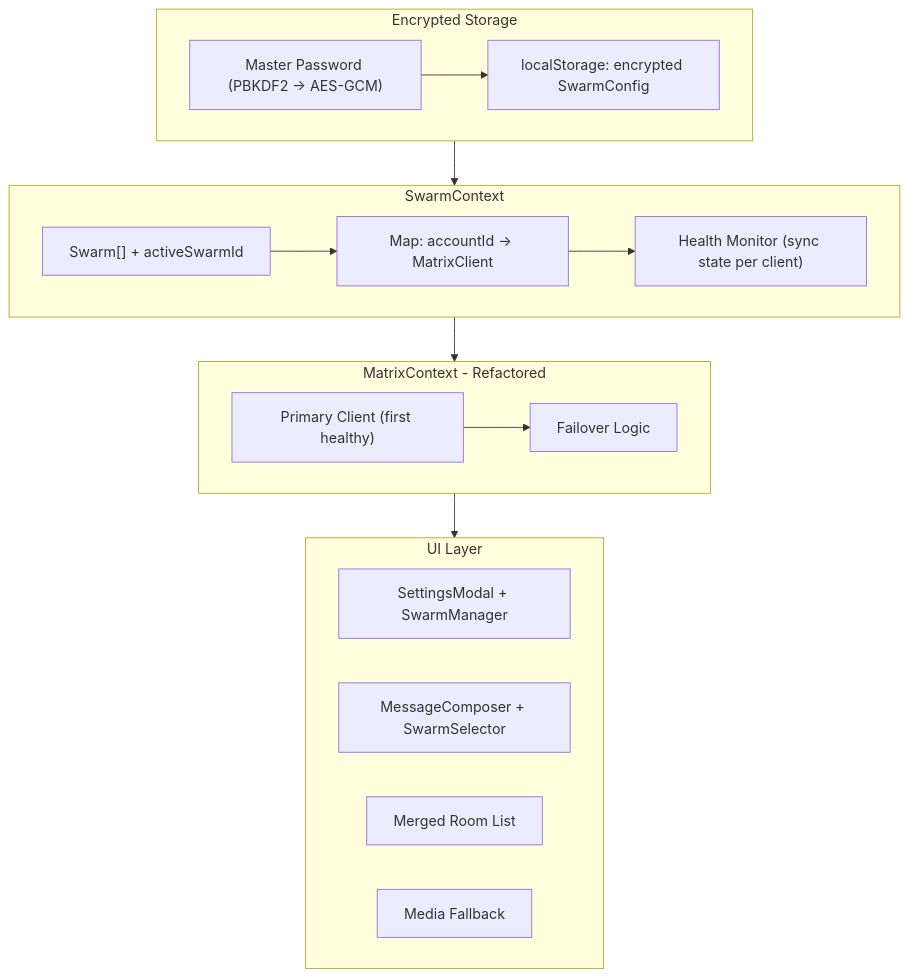
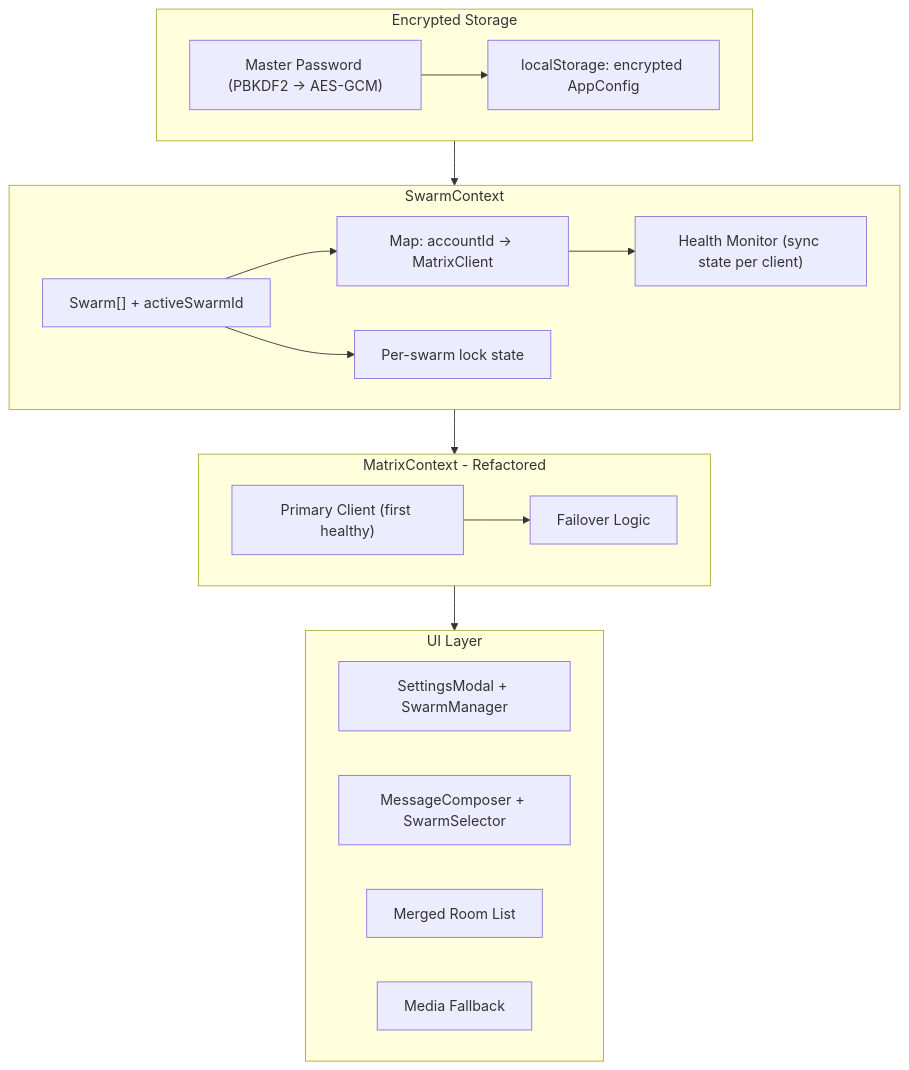
The diagram in .cursor/plans/swarm_multi-account_feature_02efad78.plan.md (matrix-masi/masi), drawn with Mermaid before and after one commit. The commit also changed other lines of this file, not shown here.

Commit message:
plan - swarm v2

````diff
--- a/.cursor/plans/swarm_multi-account_feature_02efad78.plan.md
+++ b/.cursor/plans/swarm_multi-account_feature_02efad78.plan.md
@@ -51,34 +54,36 @@
 ```mermaid
 flowchart TD
   subgraph storage [Encrypted Storage]
     MasterPW["Master Password (PBKDF2 -> AES-GCM)"]
-    LocalStore["localStorage: encrypted SwarmConfig"]
+    LocalStore["localStorage: encrypted AppConfig"]
     MasterPW --> LocalStore
   end
 
   subgraph swarmCtx [SwarmContext]
     SwarmState["Swarm[] + activeSwarmId"]
     ClientPool["Map: accountId -> MatrixClient"]
     HealthMon["Health Monitor (sync state per client)"]
+    LockState["Per-swarm lock state"]
     SwarmState --> ClientPool
     ClientPool --> HealthMon
+    SwarmState --> LockState
   end
 
   subgraph matrixCtx [MatrixContext - Refactored]
     PrimaryClient["Primary Client (first healthy)"]
     Failover["Failover Logic"]
     PrimaryClient --> Failover
   end
 
   swarmCtx --> matrixCtx
   storage --> swarmCtx
 
   subgraph ui [UI Layer]
     Settings["SettingsModal + SwarmManager"]
     Composer["MessageComposer + SwarmSelector"]
     RoomList["Merged Room List"]
     MediaFB["Media Fallback"]
   end
 
   matrixCtx --> ui
 ```
````
